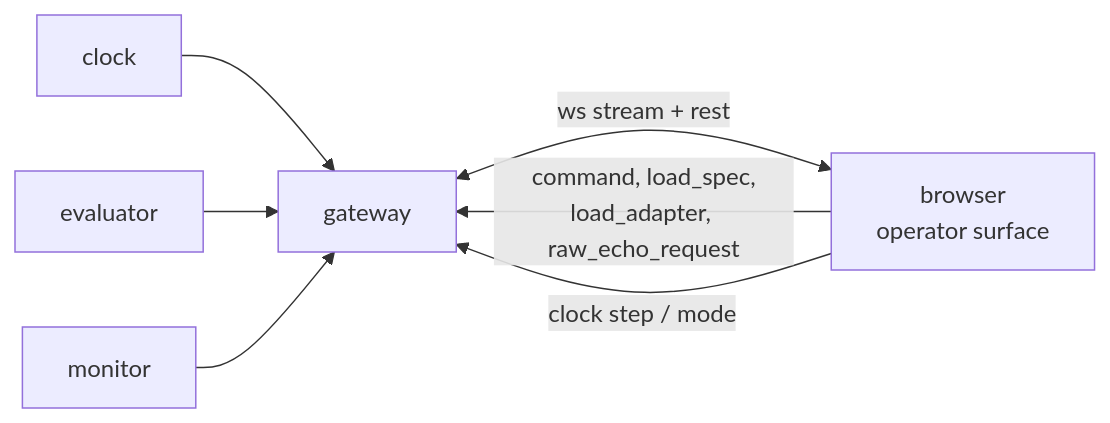
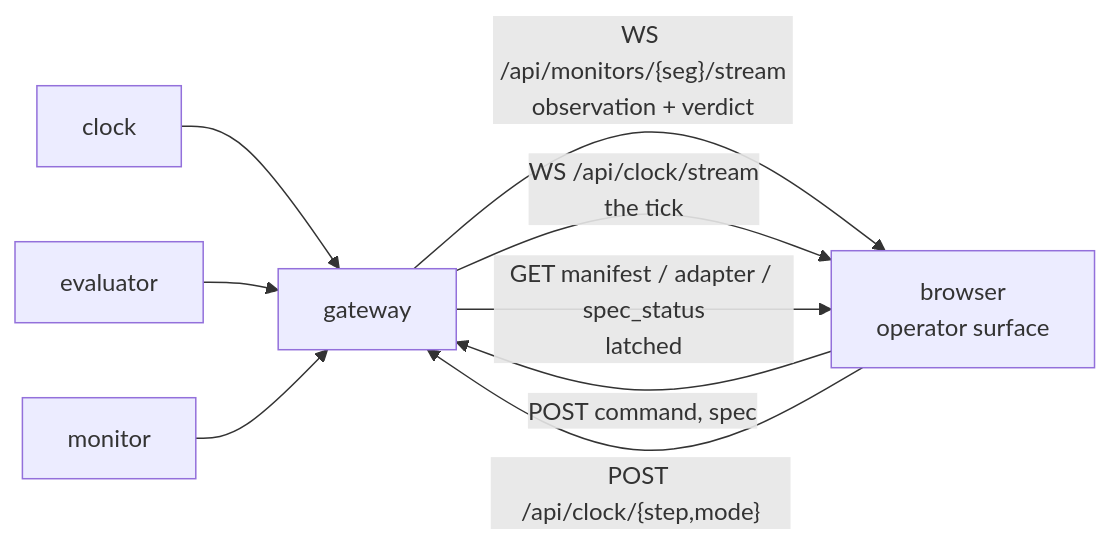
Before and after one commit to pinhas019/LtlMonitor: the diagram in docs/packages/P7-frontend.md, drawn with Mermaid. The commit also changed other lines of this file and 1 other file, not shown here.

````diff
--- a/docs/packages/P7-frontend.md
+++ b/docs/packages/P7-frontend.md
@@ -16,14 +17,16 @@
 ```mermaid
 flowchart LR
   CLK["clock"]
   EVAL["evaluator"]
   MON["monitor"]
   GW["gateway"]
   FE["browser<br/>operator surface"]
   CLK --> GW
   EVAL --> GW
   MON --> GW
-  GW <-- "ws stream + rest" --> FE
-  FE -- "command, load_spec,<br/>load_adapter, raw_echo_request" --> GW
-  FE -- "clock step / mode" --> GW
+  GW -- "WS /api/monitors/{seg}/stream<br/>observation + verdict" --> FE
+  GW -- "WS /api/clock/stream<br/>the tick" --> FE
+  GW -- "GET manifest / adapter / spec_status<br/>latched" --> FE
+  FE -- "POST command, spec" --> GW
+  FE -- "POST /api/clock/{step,mode}" --> GW
 ```
````
